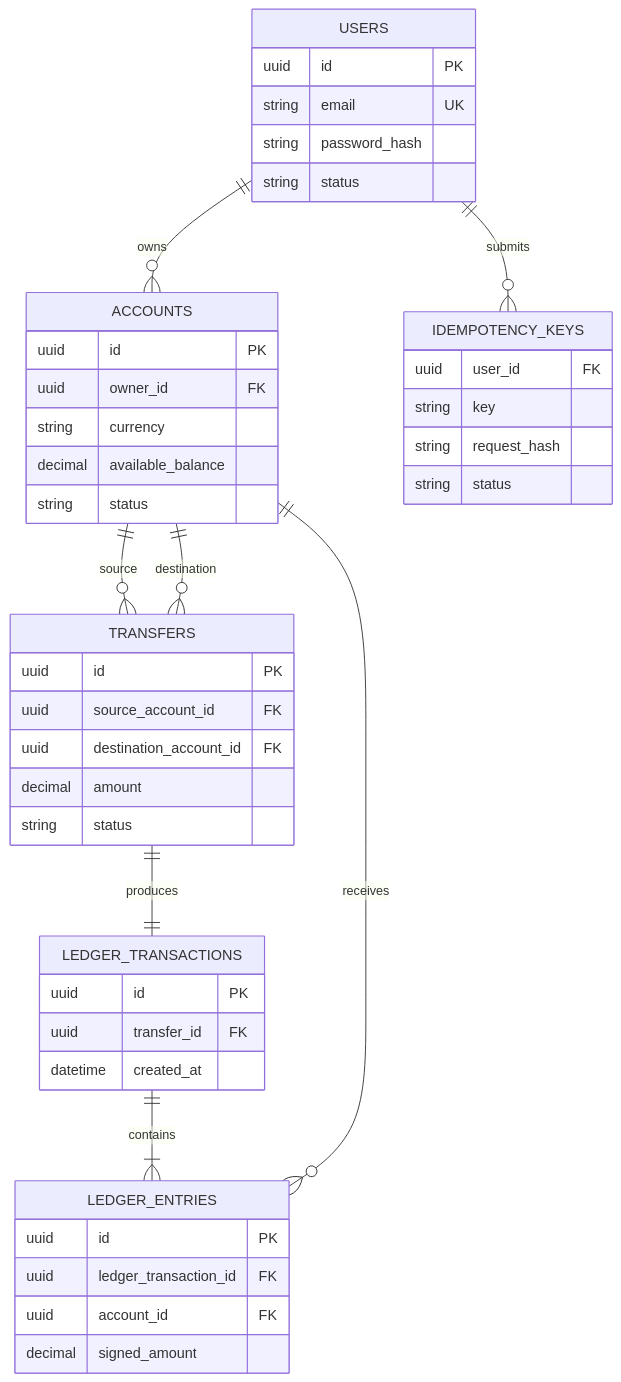
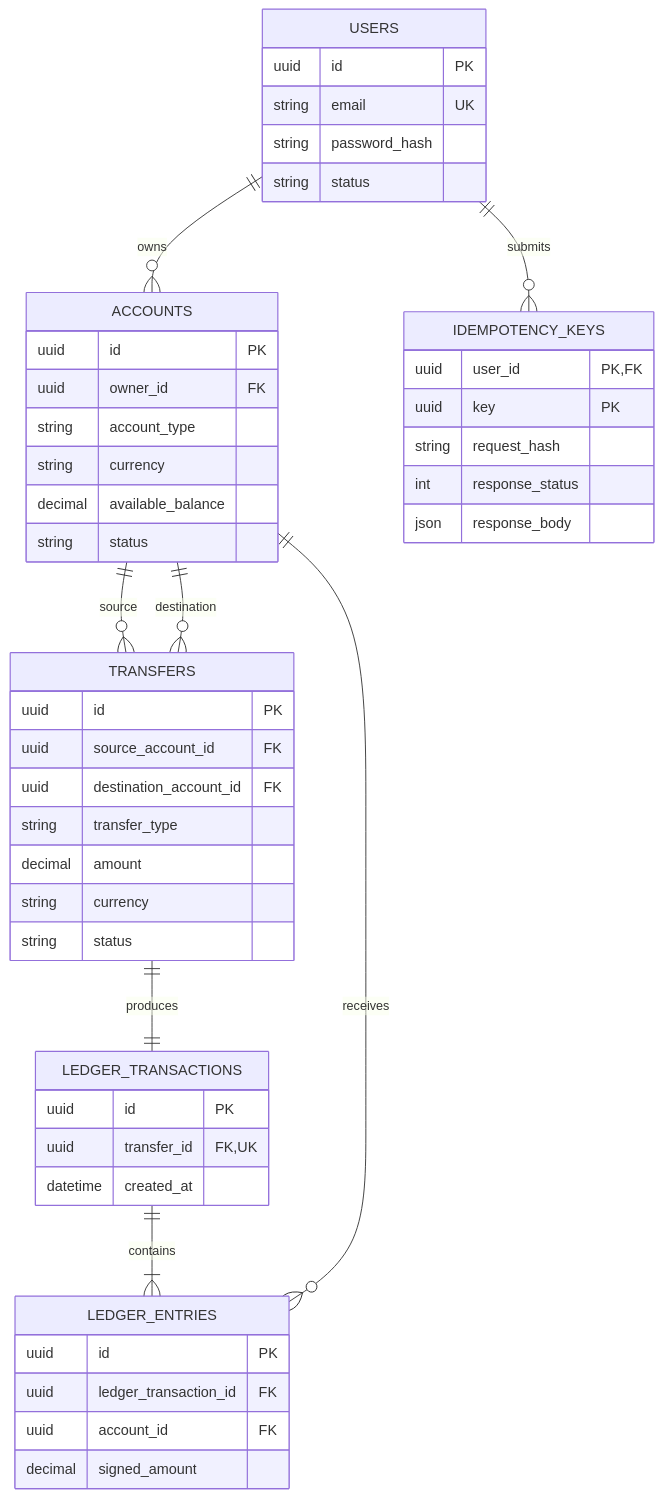
Before and after one commit to ChethhSito/CoreBanquitos: the diagram in docs/modelo-datos.md, drawn with Mermaid. The commit also changed other lines of this file and 3 other files, not shown here.

````diff
--- a/docs/modelo-datos.md
+++ b/docs/modelo-datos.md
@@ -5,48 +5,52 @@
 ```mermaid
 erDiagram
     USERS ||--o{ ACCOUNTS : owns
     ACCOUNTS ||--o{ TRANSFERS : source
     ACCOUNTS ||--o{ TRANSFERS : destination
     TRANSFERS ||--|| LEDGER_TRANSACTIONS : produces
     LEDGER_TRANSACTIONS ||--|{ LEDGER_ENTRIES : contains
     ACCOUNTS ||--o{ LEDGER_ENTRIES : receives
     USERS ||--o{ IDEMPOTENCY_KEYS : submits
 
     USERS {
         uuid id PK
         string email UK
         string password_hash
         string status
     }
     ACCOUNTS {
         uuid id PK
         uuid owner_id FK
+        string account_type
         string currency
         decimal available_balance
         string status
     }
     TRANSFERS {
         uuid id PK
         uuid source_account_id FK
         uuid destination_account_id FK
+        string transfer_type
         decimal amount
+        string currency
         string status
     }
     LEDGER_TRANSACTIONS {
         uuid id PK
-        uuid transfer_id FK
+        uuid transfer_id FK,UK
         datetime created_at
     }
     LEDGER_ENTRIES {
         uuid id PK
         uuid ledger_transaction_id FK
         uuid account_id FK
         decimal signed_amount
     }
     IDEMPOTENCY_KEYS {
-        uuid user_id FK
-        string key
+        uuid user_id PK,FK
+        uuid key PK
         string request_hash
-        string status
+        int response_status
+        json response_body
     }
 ```
````
